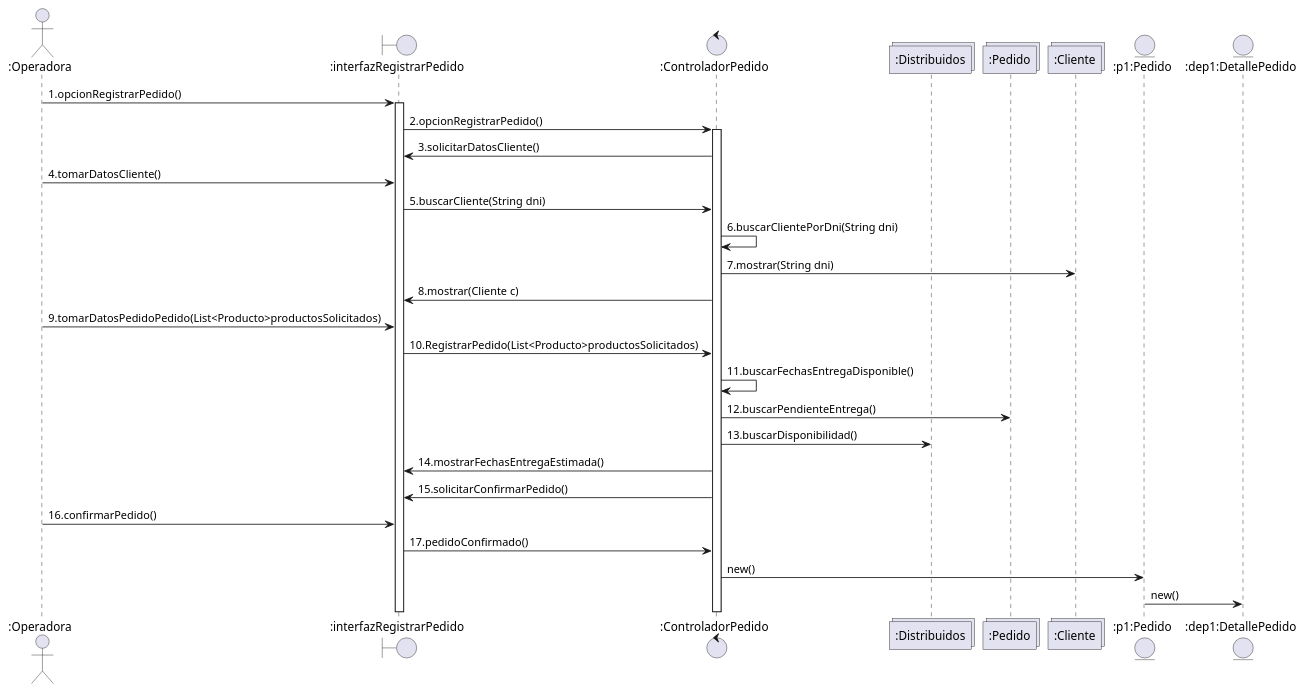
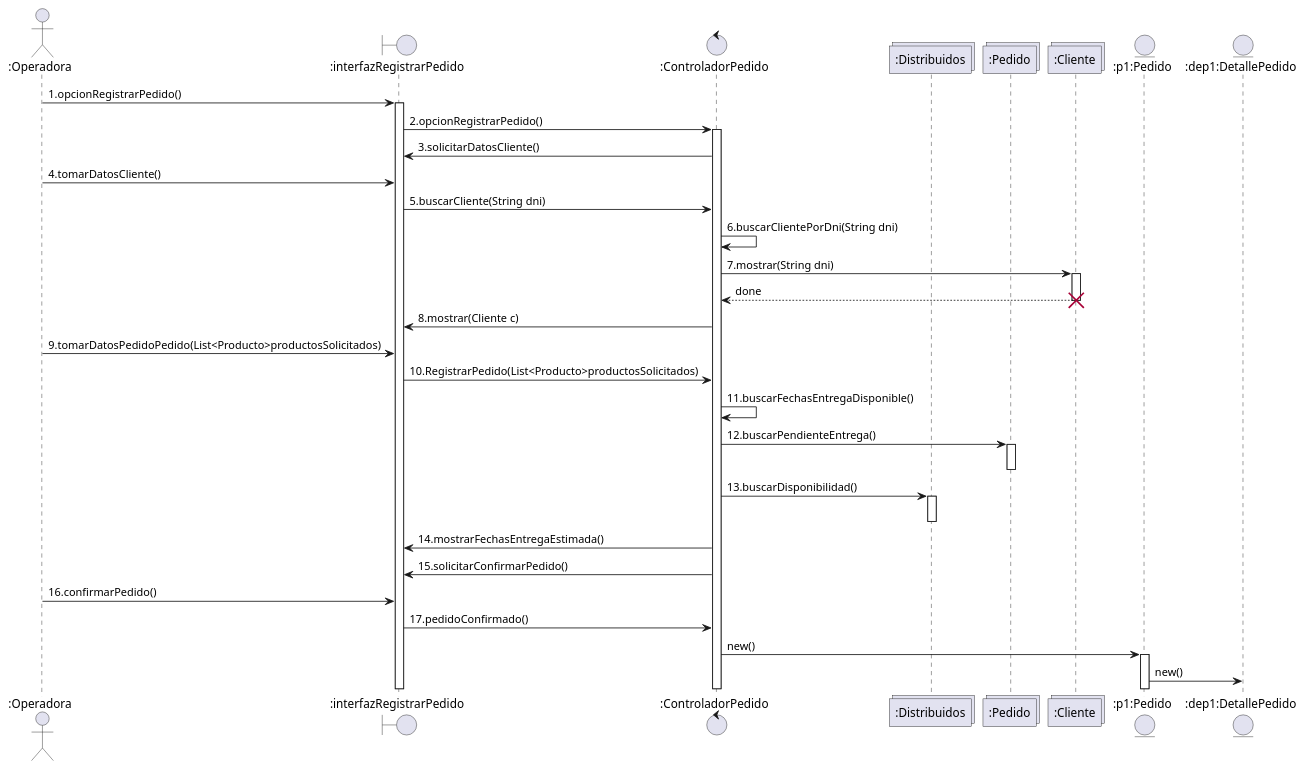
Before and after one commit to SecondPort/DOO1: the diagram in Java/src/Final/Diagrama-de-Secuncia.puml, drawn with PlantUML. The commit also changed 2 other files, not shown here.

```diff
--- a/Java/src/Final/Diagrama-de-Secuncia.puml
+++ b/Java/src/Final/Diagrama-de-Secuncia.puml
@@ -1,34 +1,42 @@
 @startuml Registro-Pedidos
 
 actor ":Operadora" as O
 boundary ":interfazRegistrarPedido" as RP
 control ":ControladorPedido" as CP
 collections ":Distribuidos" as D
 collections ":Pedido" as P
 collections ":Cliente" as C
 entity ":p1:Pedido" as P1
 entity ":dep1:DetallePedido" as DP1
 
 O -> RP : 1.opcionRegistrarPedido()
 activate RP
 RP -> CP : 2.opcionRegistrarPedido()
 activate CP
 CP -> RP : 3.solicitarDatosCliente()
 O -> RP : 4.tomarDatosCliente()
 RP -> CP : 5.buscarCliente(String dni)
 CP -> CP : 6.buscarClientePorDni(String dni)
 CP -> C : 7.mostrar(String dni)
+activate C
+C -->CP : done
+destroy C
 CP -> RP : 8.mostrar(Cliente c)
 O -> RP : 9.tomarDatosPedidoPedido(List<Producto>productosSolicitados)
 RP -> CP : 10.RegistrarPedido(List<Producto>productosSolicitados)
 CP -> CP : 11.buscarFechasEntregaDisponible()
 CP -> P : 12.buscarPendienteEntrega()
+activate P
+deactivate P
 CP -> D : 13.buscarDisponibilidad()
+activate D
+deactivate D
 CP -> RP : 14.mostrarFechasEntregaEstimada()
 CP -> RP : 15.solicitarConfirmarPedido()
 O -> RP : 16.confirmarPedido()
 RP -> CP : 17.pedidoConfirmado()
 CP -> P1 : new()
+activate P1
 P1 -> DP1 : new()
 
 @enduml
```
